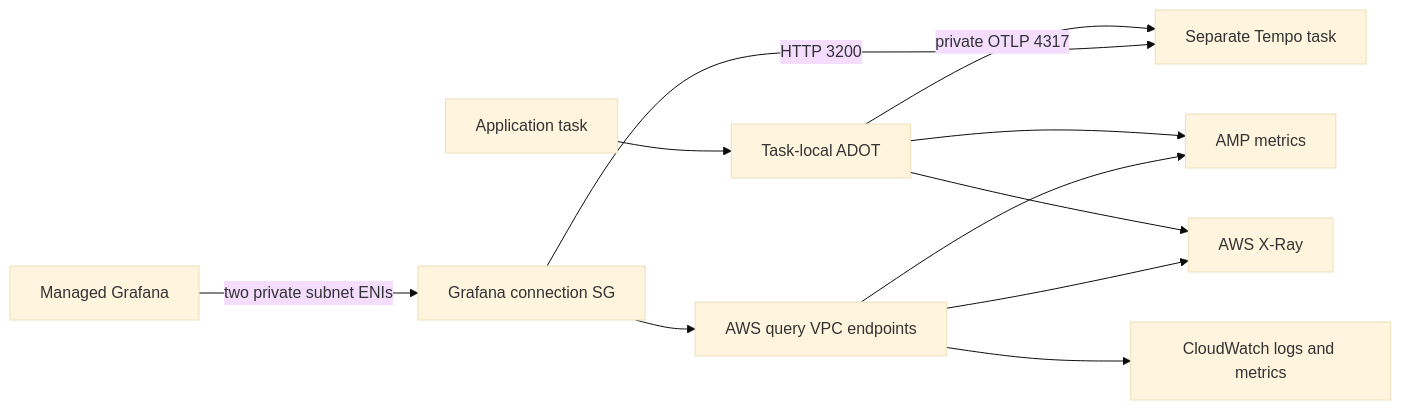
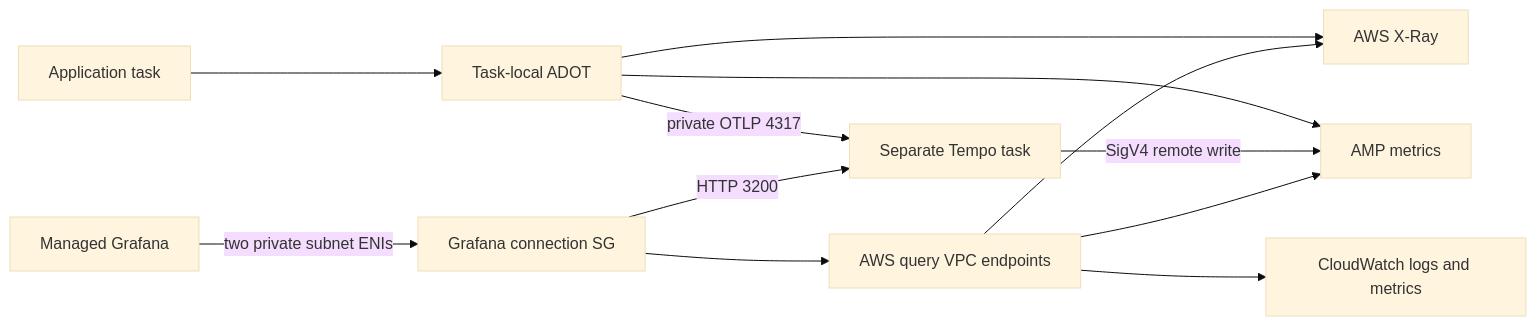
One commit to movie-reservation-platform-lab/movie-platform-infra changed the diagram in docs/operations/private-tempo.md. Above: the diagram before and after it, drawn with Mermaid (base theme). The commit also changed other lines of this file and 7 other files, not shown here.

First line of the commit message:
[ai] Enable Tempo metrics generation in AMP (#64)

````diff
--- a/docs/operations/private-tempo.md
+++ b/docs/operations/private-tempo.md
@@ -13,13 +13,14 @@
 ```mermaid
 flowchart LR
   Apps[Application task] --> ADOT[Task-local ADOT]
   ADOT --> XRay[AWS X-Ray]
   ADOT --> AMP[AMP metrics]
   ADOT -->|private OTLP 4317| Tempo[Separate Tempo task]
+  Tempo -->|SigV4 remote write| AMP
   AMG[Managed Grafana] -->|two private subnet ENIs| SG[Grafana connection SG]
   SG -->|HTTP 3200| Tempo
   SG --> VPCE[AWS query VPC endpoints]
   VPCE --> AMP
   VPCE --> XRay
   VPCE --> CW[CloudWatch logs and metrics]
 ```
````
